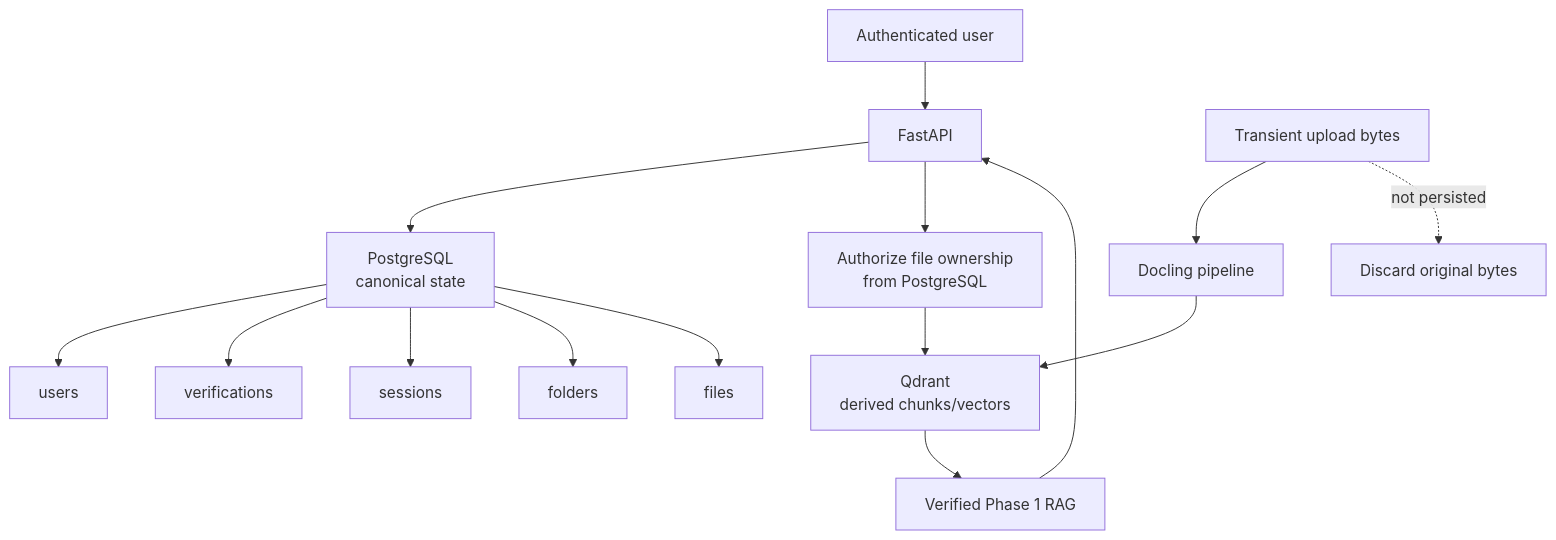
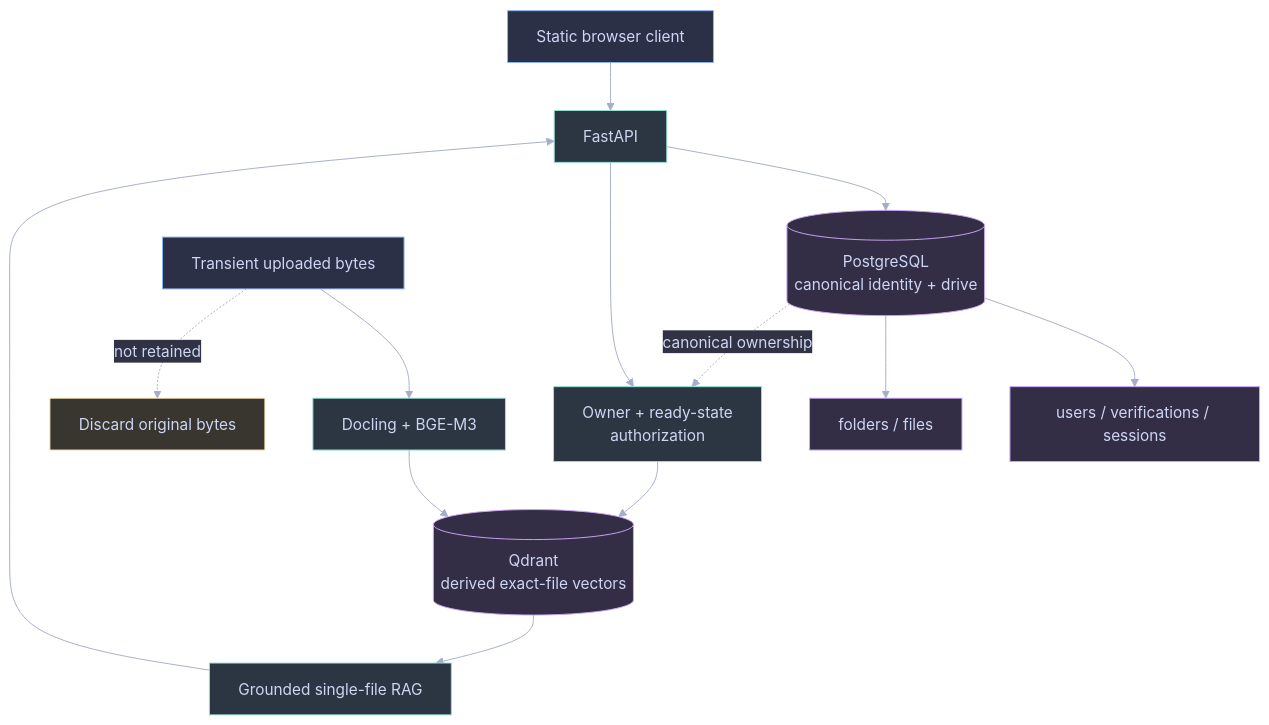
Before and after one commit to RyxnDmello/atlas: the second of 6 diagrams in prompts/PHASE_02/PHASE_02.md, drawn with Mermaid. The commit also changed other lines of this file and 46 other files, not shown here.

````diff
--- a/prompts/PHASE_02/PHASE_02.md
+++ b/prompts/PHASE_02/PHASE_02.md
@@ -107,19 +146,27 @@
 ```mermaid
+%%{init: {'theme': 'base', 'themeVariables': {'background': '#1e1e2e', 'primaryColor': '#45475a', 'primaryTextColor': '#cdd6f4', 'primaryBorderColor': '#89b4fa', 'lineColor': '#a6adc8', 'secondaryColor': '#313244', 'tertiaryColor': '#181825', 'fontFamily': 'Inter, sans-serif'}}}%%
 flowchart TB
-    User["Authenticated user"] --> API["FastAPI"]
-    API --> PG["PostgreSQL<br/>canonical state"]
-    PG --> Users["users"]
-    PG --> Verifications["verifications"]
-    PG --> Sessions["sessions"]
-    PG --> Folders["folders"]
-    PG --> Files["files"]
-
-    API --> Authorize["Authorize file ownership<br/>from PostgreSQL"]
-    Authorize --> Q["Qdrant<br/>derived chunks/vectors"]
-    Q --> RAG["Verified Phase 1 RAG"]
+    Browser["Static browser client"] --> API["FastAPI"]
+    API --> PG[("PostgreSQL<br/>canonical identity + drive")]
+    PG --> Users["users / verifications / sessions"]
+    PG --> Files["folders / files"]
+    API --> Gate["Owner + ready-state<br/>authorization"]
+    PG -. "canonical ownership" .-> Gate
+    Gate --> Q[("Qdrant<br/>derived exact-file vectors")]
+    Q --> RAG["Grounded single-file RAG"]
     RAG --> API
-
-    Upload["Transient upload bytes"] --> Parse["Docling pipeline"]
+    Upload["Transient uploaded bytes"] --> Parse["Docling + BGE-M3"]
     Parse --> Q
-    Upload -. "not persisted" .-> Discard["Discard original bytes"]
+    Upload -. "not retained" .-> Discard["Discard original bytes"]
+    class Browser,Upload client;
+    class API,Gate,Parse,RAG service;
+    class PG,Users,Files,Q storage;
+    class Discard caution;
+    classDef client fill:#2b3046,stroke:#89b4fa,stroke-width:1px,color:#cdd6f4;
+    classDef service fill:#2c3642,stroke:#94e2d5,stroke-width:1px,color:#cdd6f4;
+    classDef storage fill:#332e46,stroke:#cba6f7,stroke-width:1px,color:#cdd6f4;
+    classDef verified fill:#2e363c,stroke:#a6e3a1,stroke-width:1px,color:#cdd6f4;
+    classDef planned fill:#30323f,stroke:#b4befe,stroke-width:1px,color:#cdd6f4;
+    classDef caution fill:#38362e,stroke:#f9e2af,stroke-width:1px,color:#cdd6f4;
+    classDef denied fill:#39303d,stroke:#f38ba8,stroke-width:1px,color:#cdd6f4;
 ```
````
